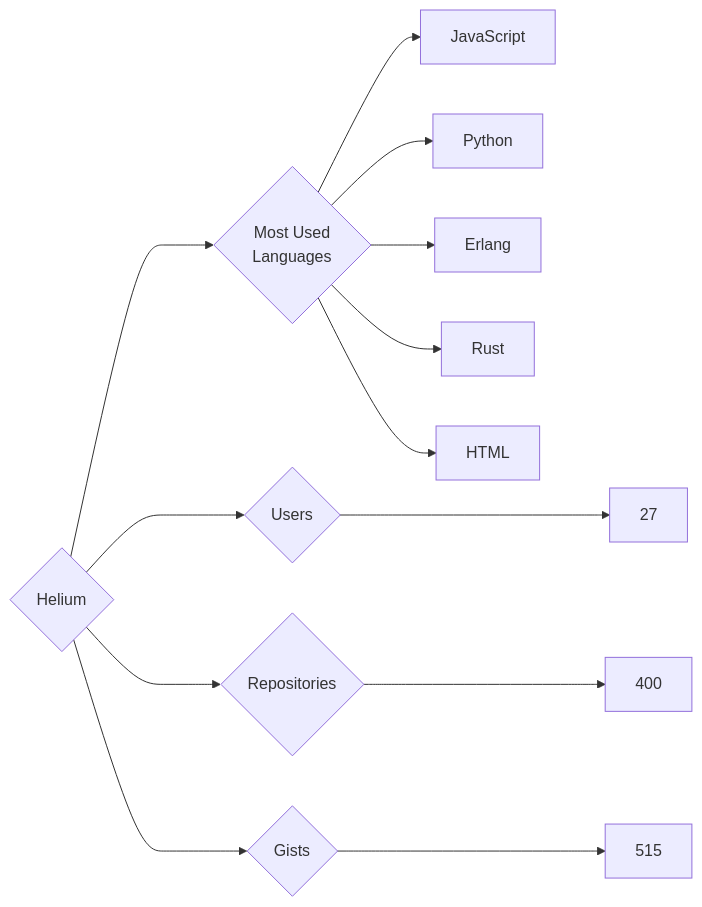
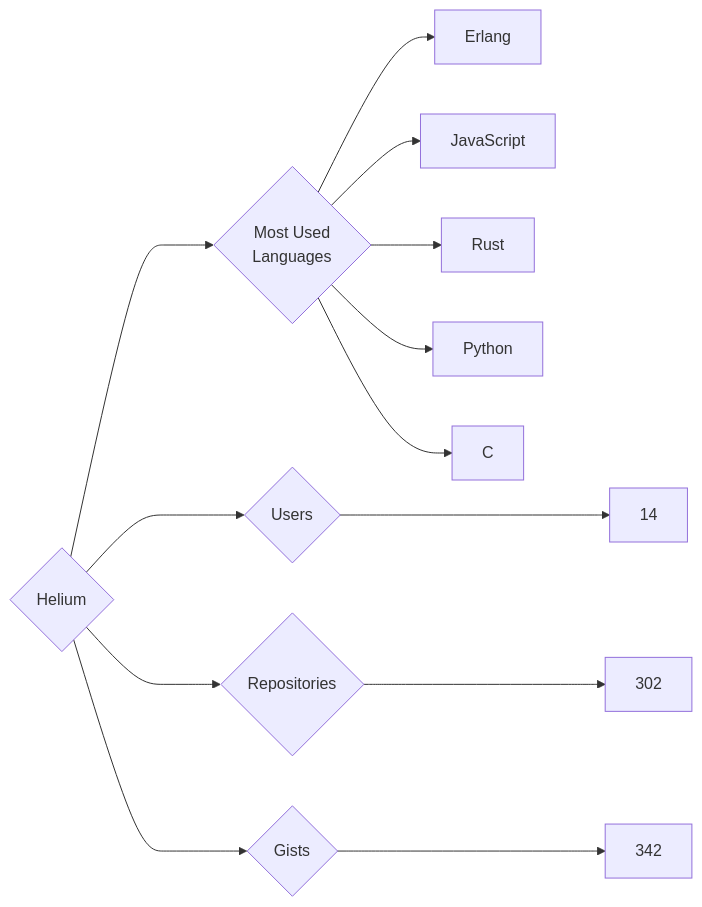
Before and after one commit to trickest/insiders: the diagram in targets/Helium/README.md, drawn with Mermaid. The commit also changed 861 other files, not shown here.

````diff
--- a/targets/Helium/README.md
+++ b/targets/Helium/README.md
@@ -3,13 +3,13 @@
 ```mermaid
 graph LR
 COMPANY_NAME{Helium}
-COMPANY_NAME ---> U{Users} ---> UN[27]
-COMPANY_NAME ---> R{Repositories} ---> RN[400]
-COMPANY_NAME ---> G{Gists} ---> GN[515]
+COMPANY_NAME ---> U{Users} ---> UN[14]
+COMPANY_NAME ---> R{Repositories} ---> RN[302]
+COMPANY_NAME ---> G{Gists} ---> GN[342]
 COMPANY_NAME ---> ML{Most Used<br>Languages}
+ML --> Erlang[Erlang]
 ML --> JavaScript[JavaScript]
+ML --> Rust[Rust]
 ML --> Python[Python]
-ML --> Erlang[Erlang]
-ML --> Rust[Rust]
-ML --> HTML[HTML]
+ML --> C[C]
 ```
````
